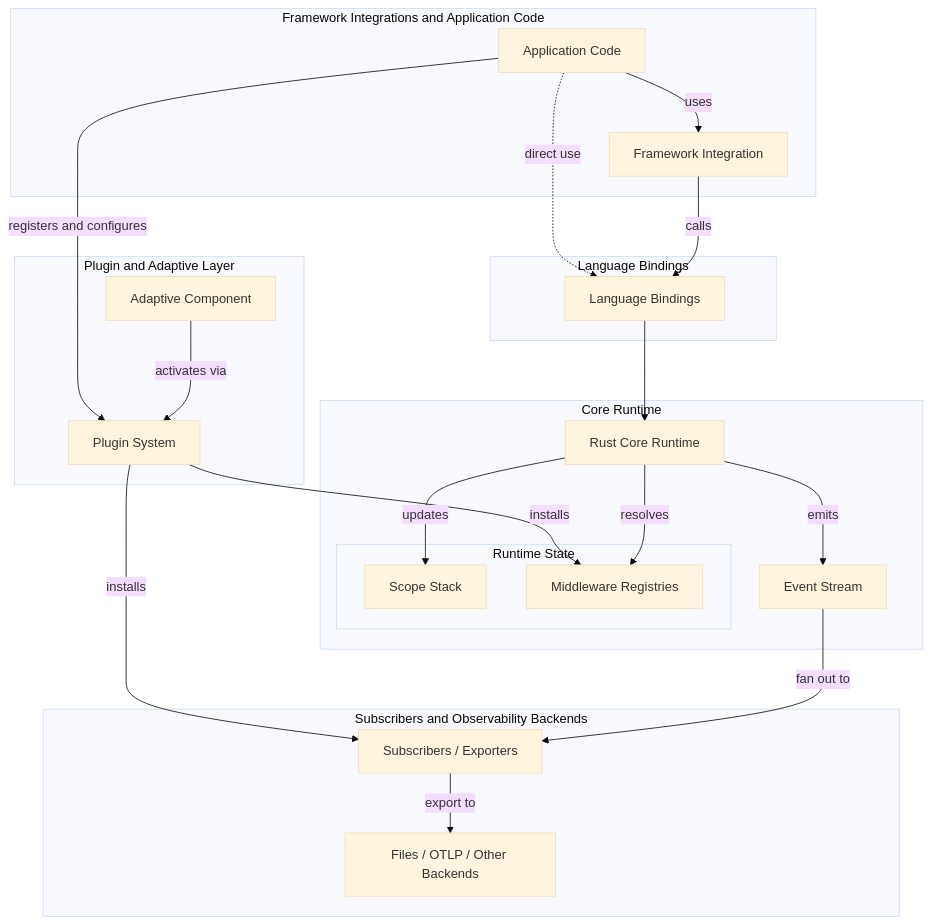
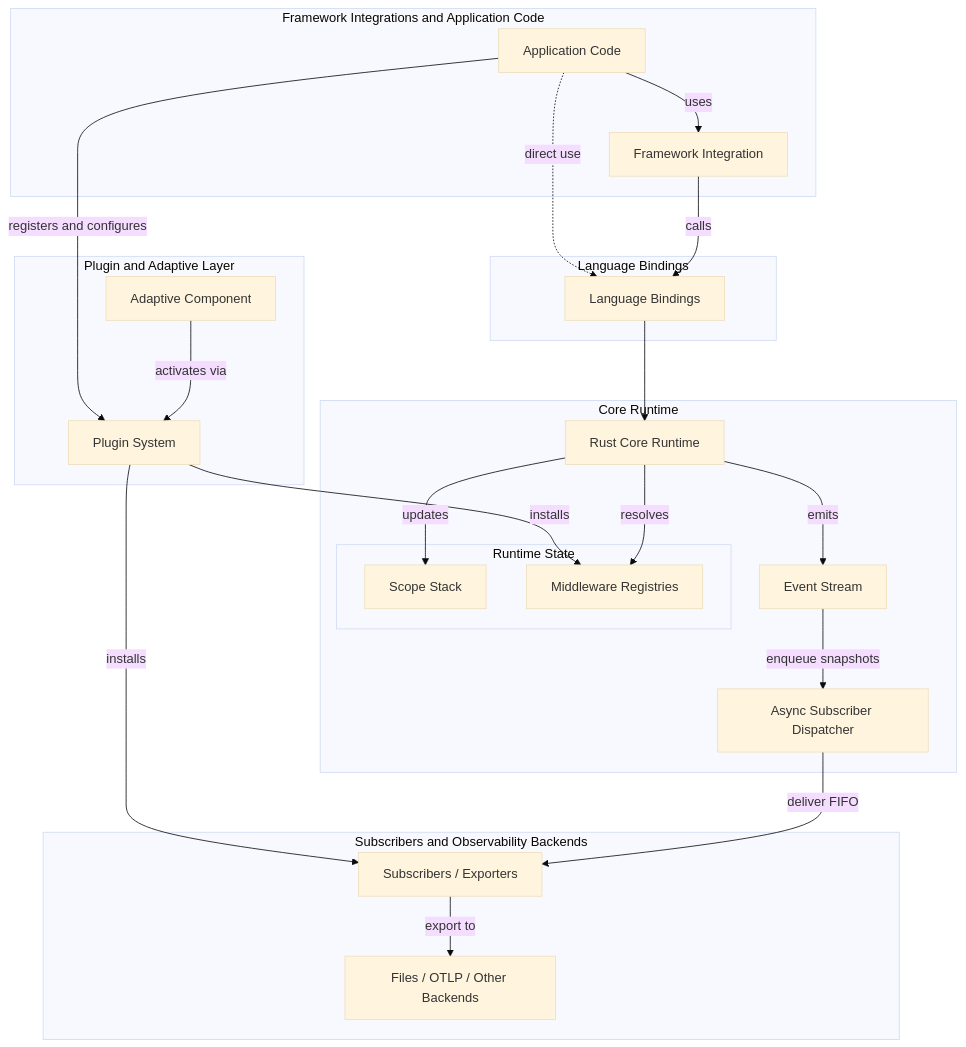
The diagram in fern/pages-dev/about-nemo-relay/architecture.mdx (willkill07/NeMo-Relay), drawn with Mermaid (base theme) before and after one commit. The commit also changed other lines of this file and 186 other files, not shown here.

````diff
--- a/fern/pages-dev/about-nemo-relay/architecture.mdx
+++ b/fern/pages-dev/about-nemo-relay/architecture.mdx
@@ -20,64 +20,66 @@
 ```mermaid
 flowchart TB
     subgraph AppLayer[Framework Integrations and Application Code]
         App[Application Code]
         Framework[Framework Integration]
     end
 
     subgraph BindingLayer[Language Bindings]
         Bindings[Language Bindings]
     end
 
     subgraph PluginLayer[Plugin and Adaptive Layer]
         PluginSystem[Plugin System]
         Adaptive[Adaptive Component]
     end
 
     subgraph CoreLayer[Core Runtime]
         Core[Rust Core Runtime]
 
         subgraph RuntimeState[Runtime State]
             Scope[Scope Stack]
             Registry[Middleware Registries]
         end
 
         Events[Event Stream]
+        Dispatcher[Async Subscriber Dispatcher]
     end
 
     subgraph ObsLayer[Subscribers and Observability Backends]
         Subs[Subscribers / Exporters]
         Backends[Files / OTLP / Other Backends]
     end
 
     App -->|uses| Framework
     App -. direct use .-> Bindings
     App -->|registers and configures| PluginSystem
     Framework -->|calls| Bindings
     Bindings --> Core
     Adaptive -->|activates via| PluginSystem
     PluginSystem -->|installs| Registry
     PluginSystem -->|installs| Subs
     Core -->|updates| Scope
     Core -->|resolves| Registry
     Core -->|emits| Events
-    Events -->|fan out to| Subs
+    Events -->|enqueue snapshots| Dispatcher
+    Dispatcher -->|deliver FIFO| Subs
     Subs -->|export to| Backends
 
     class AppLayer grey-hint;
     class BindingLayer grey-hint;
     class PluginLayer grey-hint;
     class CoreLayer grey-hint;
     class ObsLayer grey-hint;
     class RuntimeState grey-lightest;
     class App purple-lightest;
     class Framework yellow-lightest;
     class Bindings green-lightest;
     class PluginSystem green-light;
     class Adaptive blue-lightest;
     class Core green-light;
     class Scope green-light;
     class Registry green-light;
     class Events green-light;
     class Subs green-light;
     class Backends grey-light;
 ```
````
